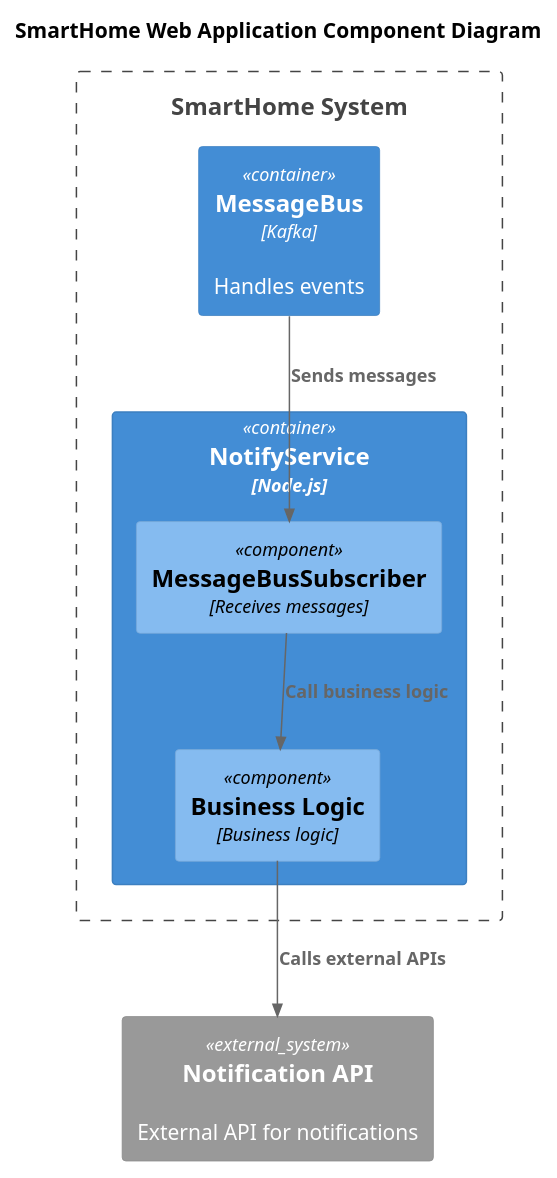
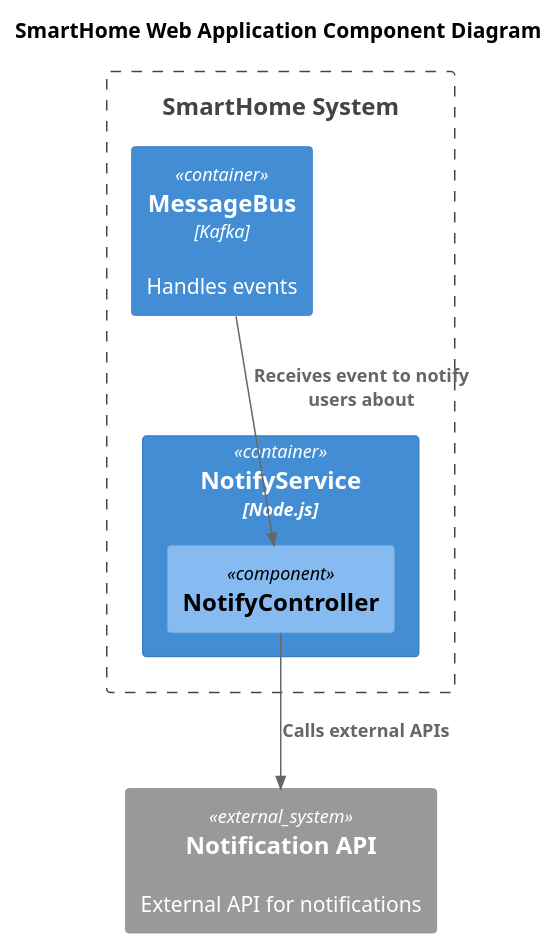
One commit to lunaticenslaved/practicum-software-architect-1 changed the diagram in schemas/component/NotifyService_Component.puml. Above: the diagram before and after it, drawn with PlantUML. The commit also changed 9 other files, not shown here.

```diff
--- a/schemas/component/NotifyService_Component.puml
+++ b/schemas/component/NotifyService_Component.puml
@@ -1,24 +1,22 @@
-@startuml
+@startuml NotifyService_Component
 title SmartHome Web Application Component Diagram
 
 top to bottom direction
 
 !includeurl https://raw.githubusercontent.com/RicardoNiepel/C4-PlantUML/master/C4_Component.puml
 
 Boundary(SmartHomeSystem, "SmartHome System") {
   Container(NotifyService, "NotifyService", "Node.js", "")
   Container(MessageBus, "MessageBus", "Kafka", "Handles events")
 }
 
 System_Ext(notificationAPI, "Notification API", "External API for notifications")
 
 Container(NotifyService, "NotifyService", "Node.js", "") {
-  Component(MessageBusSubscriber, "MessageBusSubscriber", "Receives messages")
-  Component(BusinessLogic, "Business Logic", "Business logic")
+  Component(NotifyController, "NotifyController", "")
 }
 
-Rel(MessageBus, MessageBusSubscriber, "Sends messages")
-Rel(MessageBusSubscriber, BusinessLogic, "Call business logic")
-Rel(BusinessLogic, notificationAPI, "Calls external APIs")
+Rel(MessageBus, NotifyController, "Receives event to notify users about")
+Rel(NotifyController, notificationAPI, "Calls external APIs")
 
 @enduml
```
